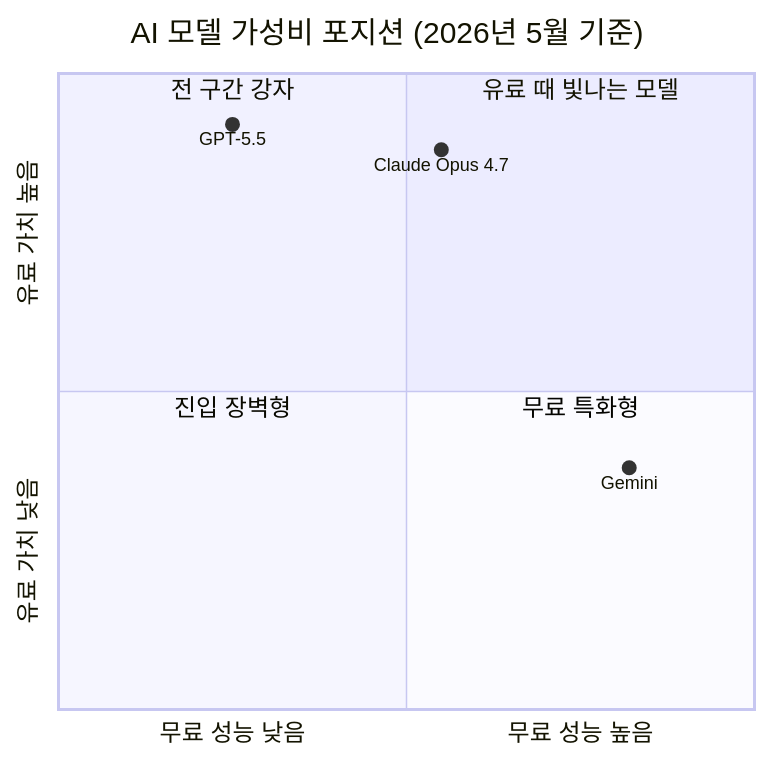
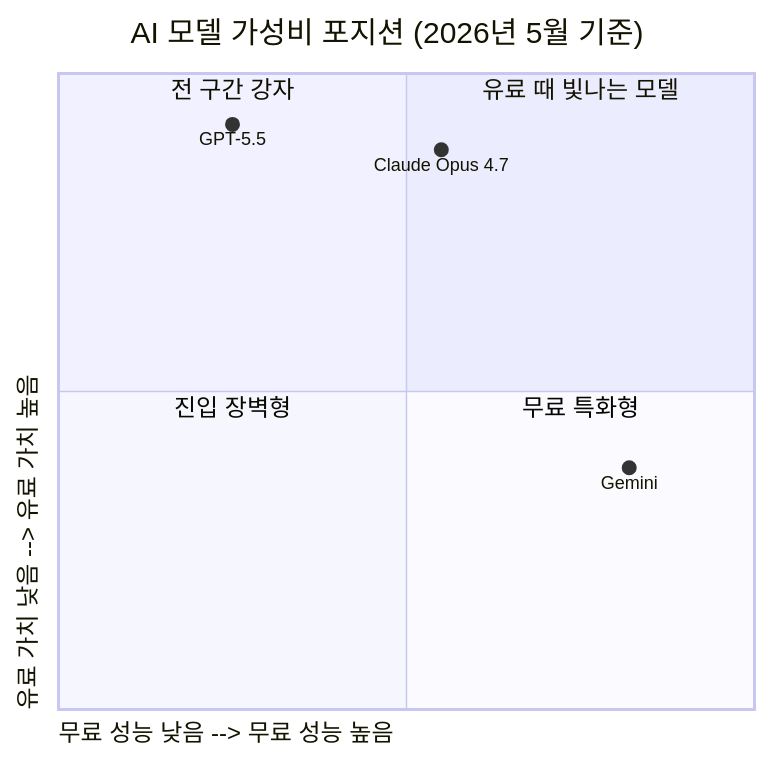
The fourth of 7 diagrams in _posts/2026-05-19-gpt‐5.5-프롬프팅-패러다임의-전환과-ai-도구-생태계-심층-분석.md (k82022603/k82022603.github.io), drawn with Mermaid before and after one commit. The commit also changed 1 other file, not shown here.

Commit message:
auto: sync wiki to blog [2026-05-20 11:41:21]

````diff
--- a/_posts/2026-05-19-gpt‐5.5-프롬프팅-패러다임의-전환과-ai-도구-생태계-심층-분석.md
+++ b/_posts/2026-05-19-gpt‐5.5-프롬프팅-패러다임의-전환과-ai-도구-생태계-심층-분석.md
@@ -155,13 +155,13 @@
 ```mermaid
 quadrantChart
     title AI 모델 가성비 포지션 (2026년 5월 기준)
-    x-axis 무료 성능 낮음 --> 무료 성능 높음
-    y-axis 유료 가치 낮음 --> 유료 가치 높음
-    quadrant-1 유료 때 빛나는 모델
-    quadrant-2 전 구간 강자
-    quadrant-3 진입 장벽형
-    quadrant-4 무료 특화형
-    GPT-5.5: [0.25, 0.92]
-    Claude Opus 4.7: [0.55, 0.88]
-    Gemini: [0.82, 0.38]
+    x-axis "무료 성능 낮음 --> 무료 성능 높음"
+    y-axis "유료 가치 낮음 --> 유료 가치 높음"
+    quadrant-1 "유료 때 빛나는 모델"
+    quadrant-2 "전 구간 강자"
+    quadrant-3 "진입 장벽형"
+    quadrant-4 "무료 특화형"
+    "GPT-5.5": [0.25, 0.92]
+    "Claude Opus 4.7": [0.55, 0.88]
+    "Gemini": [0.82, 0.38]
 ```
````
